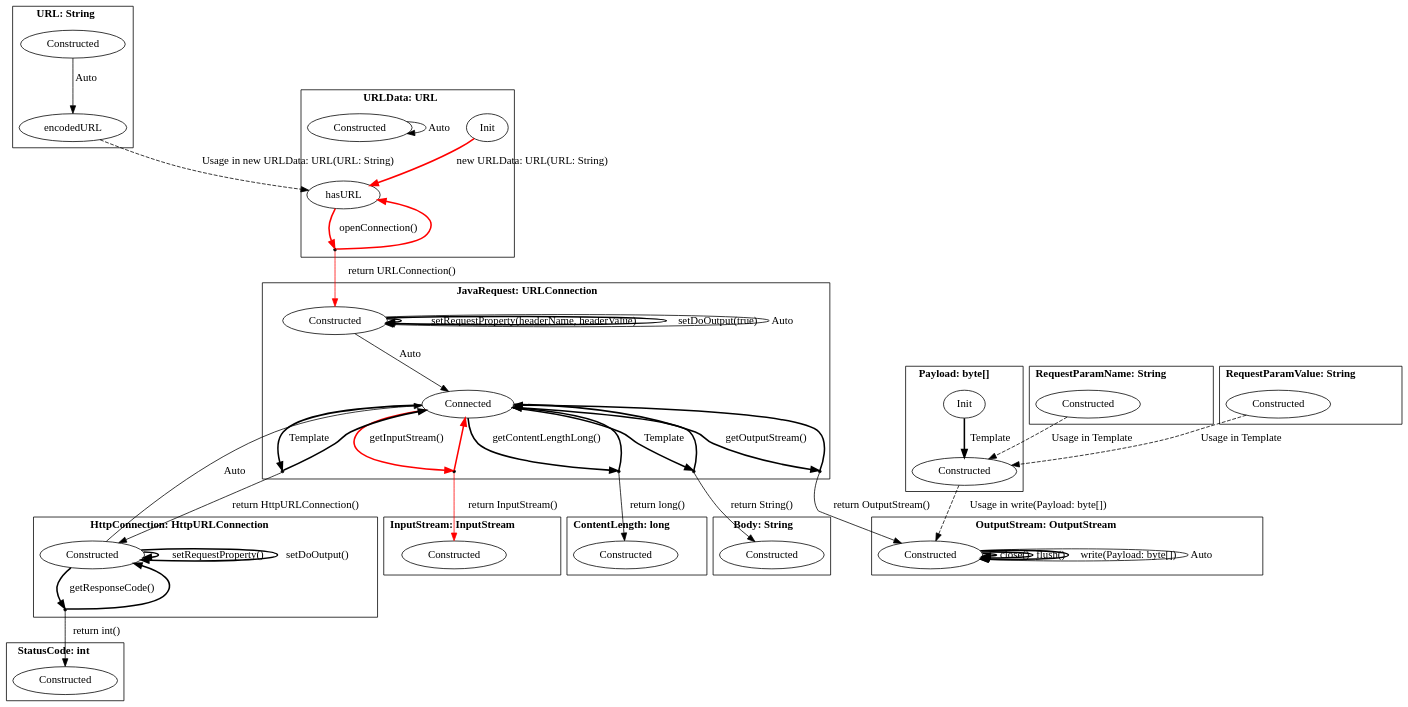
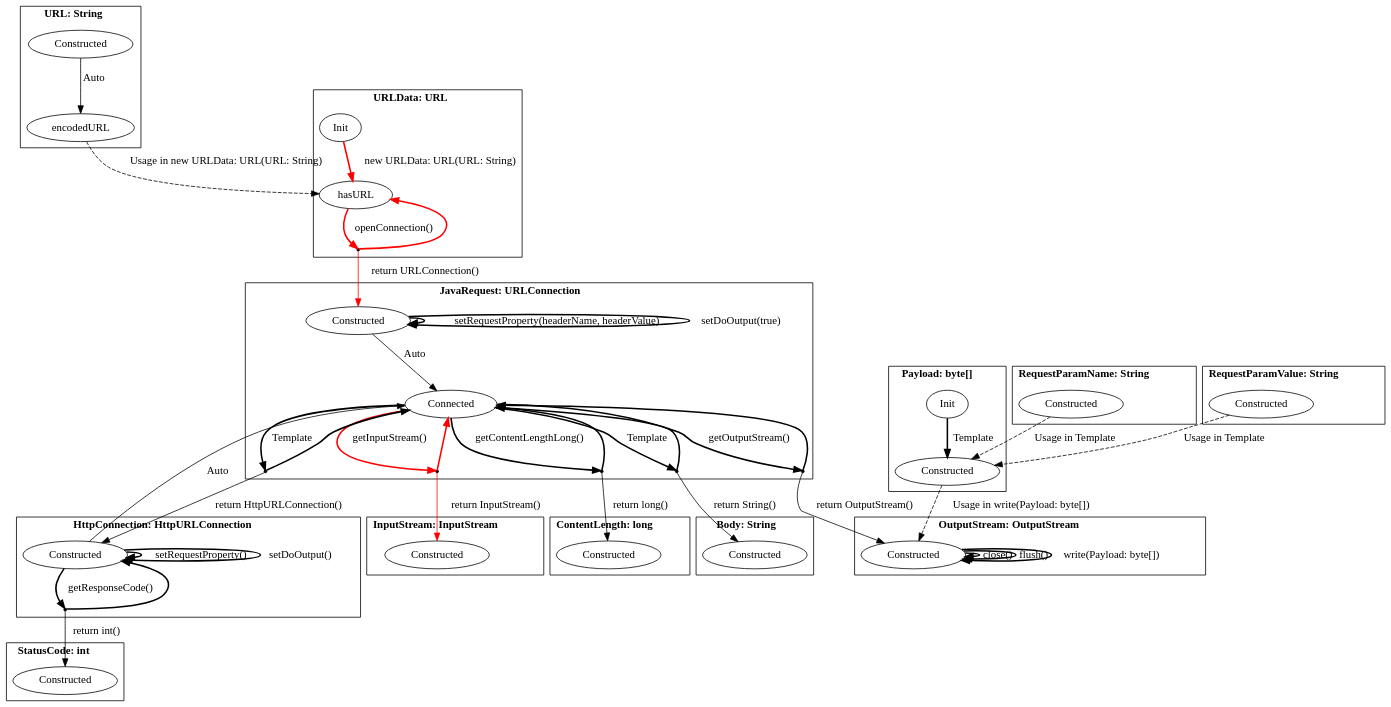
The diagram in pictures/extracted_java.dot (h31/LibraryMigration), drawn with Graphviz before and after one commit. The commit also changed 9 other files, not shown here.

```diff
--- a/pictures/extracted_java.dot
+++ b/pictures/extracted_java.dot
@@ -1,103 +1,99 @@
 digraph G {
     bgcolor="transparent";
     subgraph cluster0 {
     label = <<B>URL: String</B>>;
         Constructed_URL [ label="Constructed" ];
         encodedURL_URL [ label="encodedURL" ];
     }
     subgraph cluster1 {
     label = <<B>URLData: URL</B>>;
         Init_URLData [ label="Init" ];
         hasURL_URLData [ label="hasURL" ];
-        Constructed_URLData [ label="Constructed" ];
         virtual0 [ shape = point ];
     }
     subgraph cluster2 {
     label = <<B>JavaRequest: URLConnection</B>>;
         Constructed_JavaRequest [ label="Constructed" ];
         Connected_JavaRequest [ label="Connected" ];
         virtual1 [ shape = point ];
         virtual2 [ shape = point ];
         virtual3 [ shape = point ];
         virtual4 [ shape = point ];
         virtual5 [ shape = point ];
     }
     subgraph cluster3 {
     label = <<B>Body: String</B>>;
         Constructed_Body [ label="Constructed" ];
     }
     subgraph cluster4 {
     label = <<B>InputStream: InputStream</B>>;
         Constructed_InputStream [ label="Constructed" ];
     }
     subgraph cluster5 {
     label = <<B>ContentLength: long</B>>;
         Constructed_ContentLength [ label="Constructed" ];
     }
     subgraph cluster6 {
     label = <<B>StatusCode: int</B>>;
         Constructed_StatusCode [ label="Constructed" ];
     }
     subgraph cluster7 {
     label = <<B>HttpConnection: HttpURLConnection</B>>;
         Constructed_HttpConnection [ label="Constructed" ];
         virtual6 [ shape = point ];
     }
     subgraph cluster8 {
     label = <<B>OutputStream: OutputStream</B>>;
         Constructed_OutputStream [ label="Constructed" ];
     }
     subgraph cluster9 {
     label = <<B>Payload: byte[]</B>>;
         Init_Payload [ label="Init" ];
         Constructed_Payload [ label="Constructed" ];
     }
     subgraph cluster10 {
     label = <<B>RequestParamName: String</B>>;
         Constructed_RequestParamName [ label="Constructed" ];
     }
     subgraph cluster11 {
     label = <<B>RequestParamValue: String</B>>;
         Constructed_RequestParamValue [ label="Constructed" ];
     }
         Constructed_URL -> encodedURL_URL [ label="Auto", style = "solid"  ];
         encodedURL_URL -> hasURL_URLData [ label="Usage in new URLData: URL(URL: String)", style = "dashed"  ];
         Init_URLData -> hasURL_URLData [ label="new URLData: URL(URL: String)", style = "bold" , color = red ];
         hasURL_URLData -> virtual0 [ style = "bold" label="openConnection()" , color = red ];
         virtual0 -> hasURL_URLData [ style = "bold" , color = red ];
         virtual0 -> Constructed_JavaRequest [ label="return URLConnection()" , color = red ];
-        Constructed_URLData -> Constructed_URLData [ label="Auto", style = "solid"  ];
         Constructed_JavaRequest -> Connected_JavaRequest [ label="Auto", style = "solid"  ];
         Connected_JavaRequest -> virtual1 [ style = "bold" label="Template"  ];
         virtual1 -> Connected_JavaRequest [ style = "bold"  ];
         virtual1 -> Constructed_Body [ label="return String()"  ];
         Connected_JavaRequest -> virtual2 [ style = "bold" label="getInputStream()" , color = red ];
         virtual2 -> Connected_JavaRequest [ style = "bold" , color = red ];
         virtual2 -> Constructed_InputStream [ label="return InputStream()" , color = red ];
         Constructed_JavaRequest -> Constructed_JavaRequest [ label="setRequestProperty(headerName, headerValue)", style = "bold"  ];
         Constructed_JavaRequest -> Constructed_JavaRequest [ label="setDoOutput(true)", style = "bold"  ];
         Connected_JavaRequest -> virtual3 [ style = "bold" label="getContentLengthLong()"  ];
         virtual3 -> Connected_JavaRequest [ style = "bold"  ];
         virtual3 -> Constructed_ContentLength [ label="return long()"  ];
         Connected_JavaRequest -> virtual4 [ style = "bold" label="getOutputStream()"  ];
         virtual4 -> Connected_JavaRequest [ style = "bold"  ];
         virtual4 -> Constructed_OutputStream [ label="return OutputStream()"  ];
         Connected_JavaRequest -> virtual5 [ style = "bold" label="Template"  ];
         virtual5 -> Connected_JavaRequest [ style = "bold"  ];
         virtual5 -> Constructed_HttpConnection [ label="return HttpURLConnection()"  ];
-        Constructed_JavaRequest -> Constructed_JavaRequest [ label="Auto", style = "solid"  ];
         Constructed_HttpConnection -> Connected_JavaRequest [ label="Auto", style = "solid"  ];
         Constructed_HttpConnection -> virtual6 [ style = "bold" label="getResponseCode()"  ];
         virtual6 -> Constructed_HttpConnection [ style = "bold"  ];
         virtual6 -> Constructed_StatusCode [ label="return int()"  ];
         Constructed_HttpConnection -> Constructed_HttpConnection [ label="setRequestProperty()", style = "bold"  ];
         Constructed_HttpConnection -> Constructed_HttpConnection [ label="setDoOutput()", style = "bold"  ];
         Constructed_OutputStream -> Constructed_OutputStream [ label="close()", style = "bold"  ];
         Constructed_OutputStream -> Constructed_OutputStream [ label="flush()", style = "bold"  ];
         Constructed_OutputStream -> Constructed_OutputStream [ label="write(Payload: byte[])", style = "bold"  ];
-        Constructed_OutputStream -> Constructed_OutputStream [ label="Auto", style = "solid"  ];
         Init_Payload -> Constructed_Payload [ label="Template", style = "bold"  ];
         Constructed_Payload -> Constructed_OutputStream [ label="Usage in write(Payload: byte[])", style = "dashed"  ];
         Constructed_RequestParamName -> Constructed_Payload [ label="Usage in Template", style = "dashed"  ];
         Constructed_RequestParamValue -> Constructed_Payload [ label="Usage in Template", style = "dashed"  ];
 }
```
